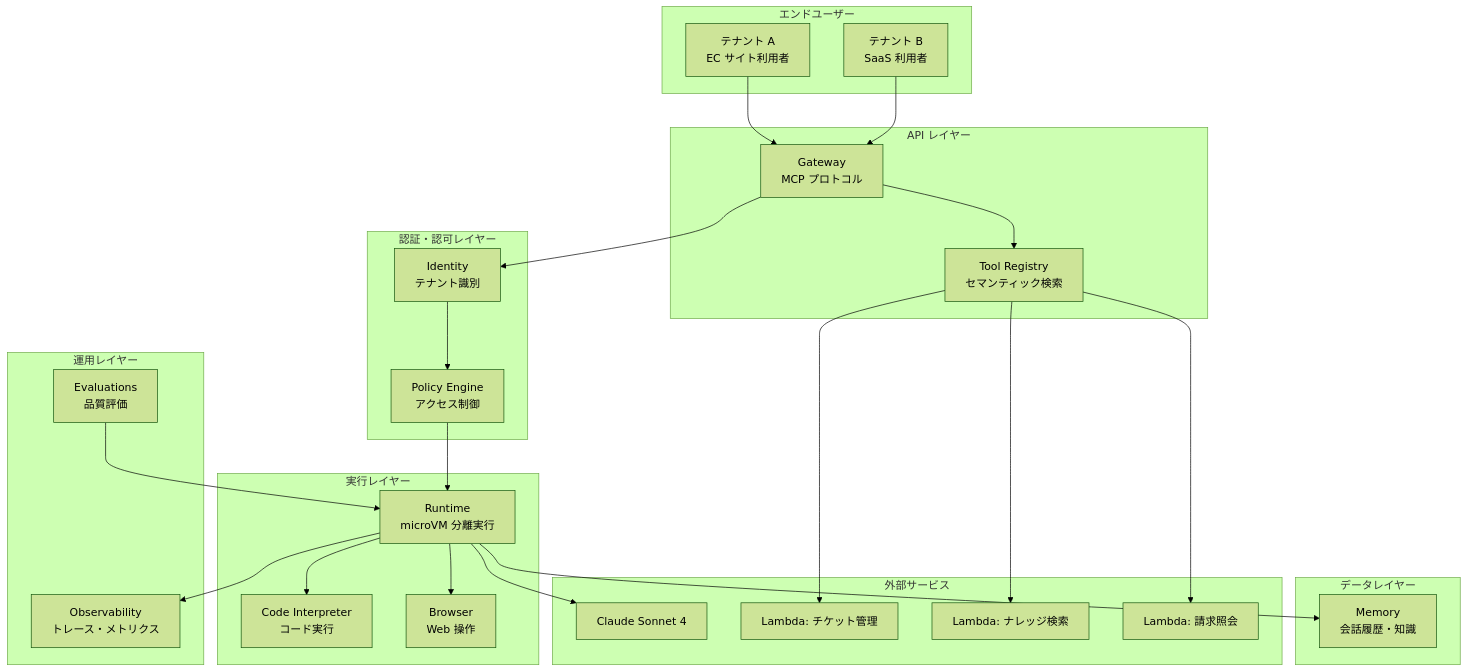
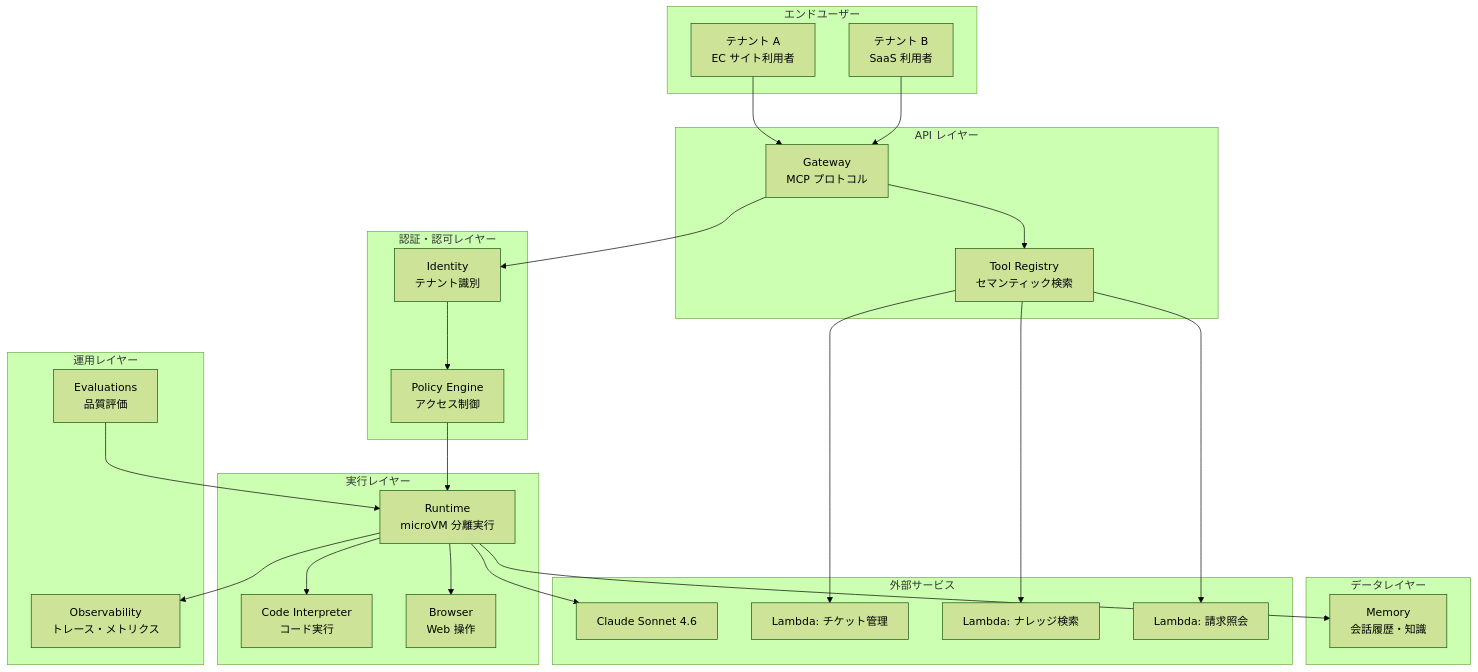
Before and after one commit to yaggytter/agentcore-multi-tenant-handson: the first of 8 diagrams in docs/01-architecture-overview.md, drawn with Mermaid (forest theme). The commit also changed other lines of this file and 12 other files, not shown here.

````diff
--- a/docs/01-architecture-overview.md
+++ b/docs/01-architecture-overview.md
@@ -20,55 +20,55 @@
 ```mermaid
 graph TB
     subgraph "エンドユーザー"
         U1[テナント A<br/>EC サイト利用者]
         U2[テナント B<br/>SaaS 利用者]
     end
 
     subgraph "認証・認可レイヤー"
         IDN[Identity<br/>テナント識別]
         POL[Policy Engine<br/>アクセス制御]
     end
 
     subgraph "API レイヤー"
         GW[Gateway<br/>MCP プロトコル]
         TS[Tool Registry<br/>セマンティック検索]
     end
 
     subgraph "実行レイヤー"
         RT[Runtime<br/>microVM 分離実行]
         CI[Code Interpreter<br/>コード実行]
         BR[Browser<br/>Web 操作]
     end
 
     subgraph "データレイヤー"
         MEM[Memory<br/>会話履歴・知識]
     end
 
     subgraph "運用レイヤー"
         OBS[Observability<br/>トレース・メトリクス]
         EVAL[Evaluations<br/>品質評価]
     end
 
     subgraph "外部サービス"
-        FM[Claude Sonnet 4]
+        FM[Claude Sonnet 4.6]
         L1[Lambda: チケット管理]
         L2[Lambda: ナレッジ検索]
         L3[Lambda: 請求照会]
     end
 
     U1 --> GW
     U2 --> GW
     GW --> IDN
     IDN --> POL
     POL --> RT
     GW --> TS
     TS --> L1
     TS --> L2
     TS --> L3
     RT --> FM
     RT --> MEM
     RT --> CI
     RT --> BR
     RT --> OBS
     EVAL --> RT
 ```
````
